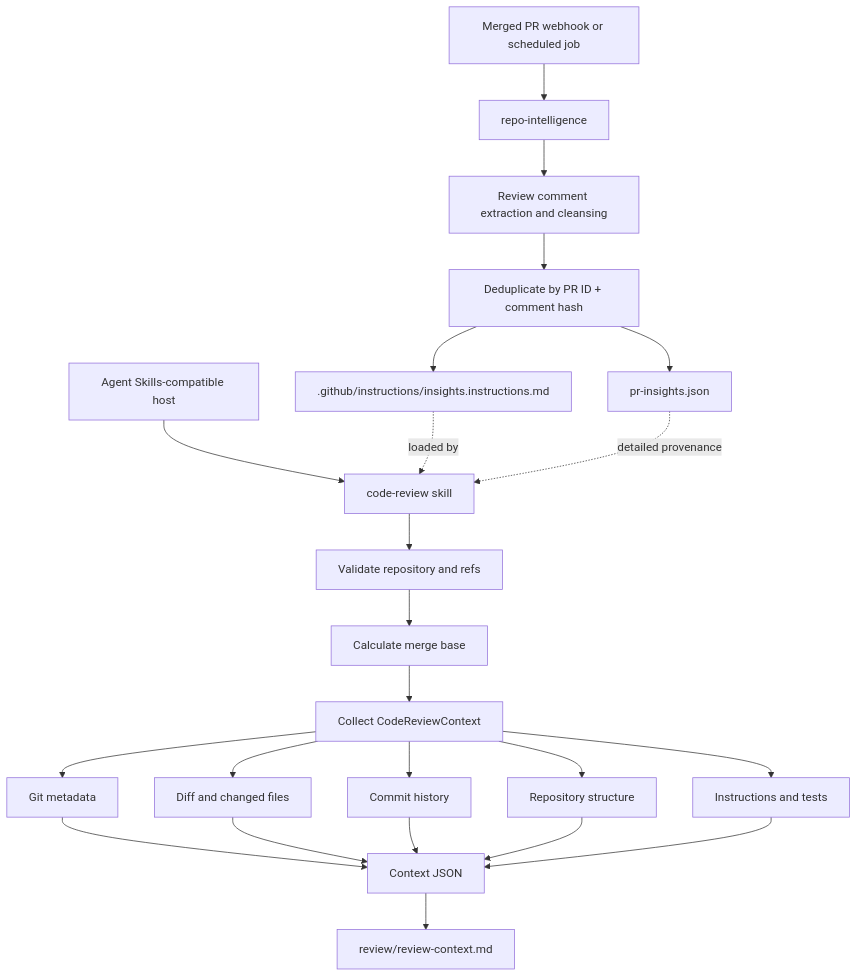
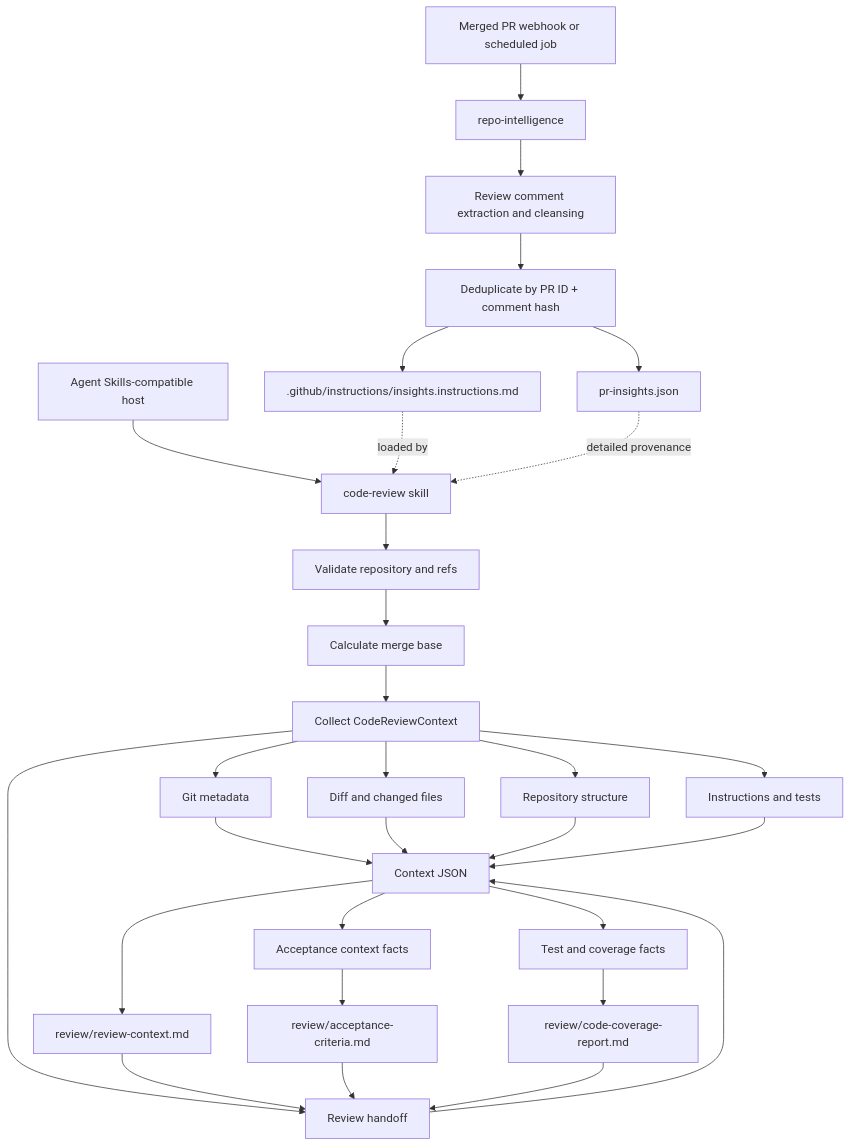
One commit to ArjunVijayan/code-review-agent-experiment changed the diagram in pr-quality-assistant/FLOW.md. Above: the diagram before and after it, drawn with Mermaid. The commit also changed 6 other files, not shown here.

Commit message:
Add evidence-driven acceptance and coverage analysis

````diff
--- a/pr-quality-assistant/FLOW.md
+++ b/pr-quality-assistant/FLOW.md
@@ -3,27 +3,34 @@
 ```mermaid
 flowchart TD
     H[Agent Skills-compatible host] --> CR[code-review skill]
     CR --> V[Validate repository and refs]
     V --> MB[Calculate merge base]
     MB --> C[Collect CodeReviewContext]
     C --> GM[Git metadata]
     C --> DF[Diff and changed files]
     C --> RH[Commit history]
     C --> RS[Repository structure]
     C --> IT[Instructions and tests]
     GM --> CT[Context JSON]
     DF --> CT
     RH --> CT
     RS --> CT
     IT --> CT
     CT --> MD[review/review-context.md]
+    CT --> AC[Acceptance context facts]
+    AC --> ACM[review/acceptance-criteria.md]
+    CT --> TC[Test and coverage facts]
+    TC --> TCM[review/code-coverage-report.md]
+    MD --> RH[Review handoff]
+    ACM --> RH
+    TCM --> RH
 
     W[Merged PR webhook or scheduled job] --> RI[repo-intelligence]
     RI --> IG[Review comment extraction and cleansing]
     IG --> D[Deduplicate by PR ID + comment hash]
     D --> J[pr-insights.json]
     D --> I[.github/instructions/insights.instructions.md]
     I -. loaded by .-> CR
     J -. detailed provenance .-> CR
 
 ```
````
